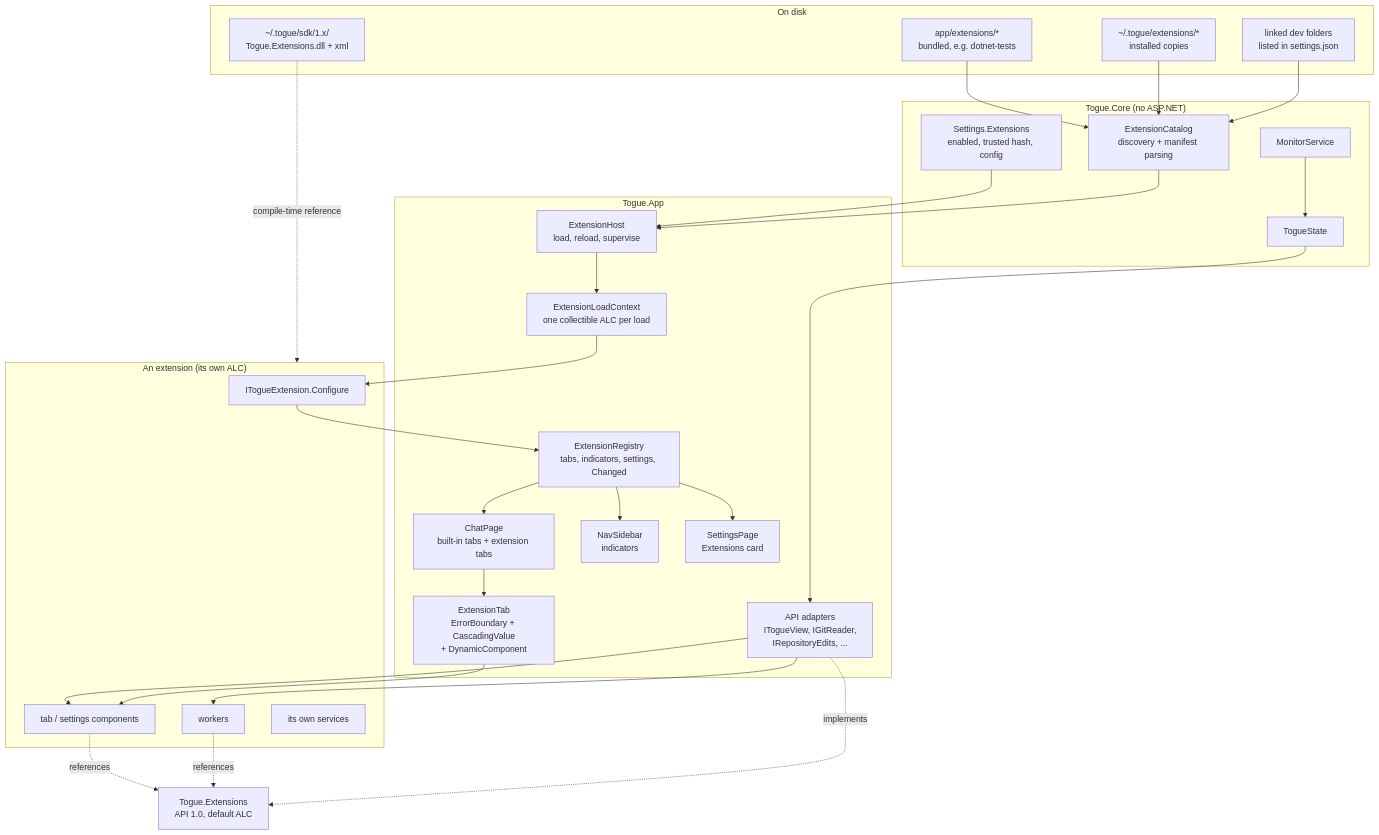
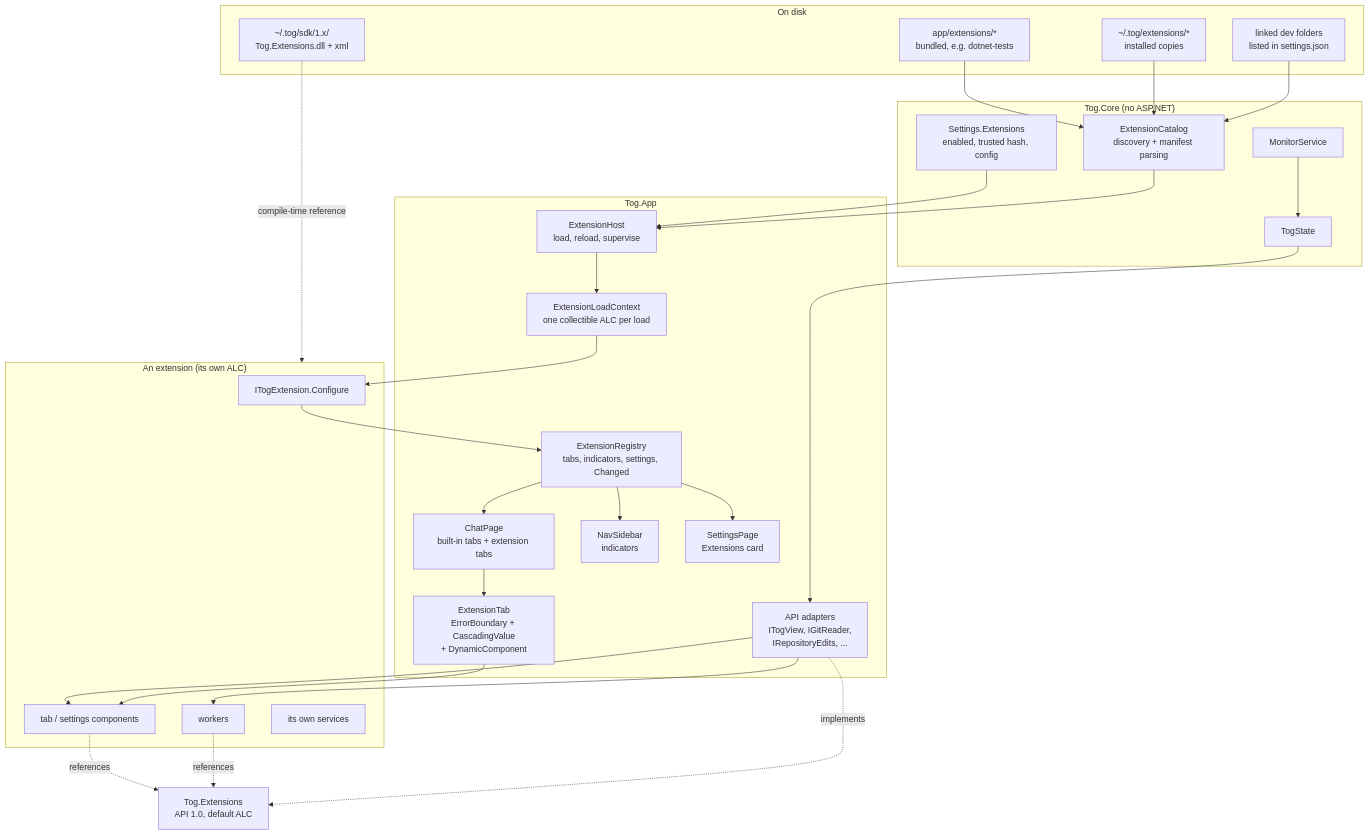
The first of 3 diagrams in docs/design/extensions.md (BradenTerry/Tog), drawn with Mermaid before and after one commit. The commit also changed other lines of this file and 483 other files, not shown here.

Commit message:
Rename Togue to Tog

````diff
--- a/docs/design/extensions.md
+++ b/docs/design/extensions.md
@@ -258,54 +258,54 @@
 ```mermaid
 flowchart TB
     subgraph disk["On disk"]
         B["app/extensions/*<br/>bundled, e.g. dotnet-tests"]
-        I["~/.togue/extensions/*<br/>installed copies"]
+        I["~/.tog/extensions/*<br/>installed copies"]
         L["linked dev folders<br/>listed in settings.json"]
-        SDK["~/.togue/sdk/1.x/<br/>Togue.Extensions.dll + xml"]
+        SDK["~/.tog/sdk/1.x/<br/>Tog.Extensions.dll + xml"]
     end
 
-    subgraph core["Togue.Core (no ASP.NET)"]
+    subgraph core["Tog.Core (no ASP.NET)"]
         CAT["ExtensionCatalog<br/>discovery + manifest parsing"]
         SET["Settings.Extensions<br/>enabled, trusted hash, config"]
         MON["MonitorService"]
-        DS["TogueState"]
+        DS["TogState"]
     end
 
-    subgraph app["Togue.App"]
+    subgraph app["Tog.App"]
         HOST["ExtensionHost<br/>load, reload, supervise"]
         ALC["ExtensionLoadContext<br/>one collectible ALC per load"]
         REG["ExtensionRegistry<br/>tabs, indicators, settings, Changed"]
-        ADP["API adapters<br/>ITogueView, IGitReader,<br/>IRepositoryEdits, ..."]
+        ADP["API adapters<br/>ITogView, IGitReader,<br/>IRepositoryEdits, ..."]
         CHAT["ChatPage<br/>built-in tabs + extension tabs"]
         SIDE["NavSidebar<br/>indicators"]
         SP["SettingsPage<br/>Extensions card"]
         TAB["ExtensionTab<br/>ErrorBoundary + CascadingValue<br/>+ DynamicComponent"]
     end
 
     subgraph ext["An extension (its own ALC)"]
-        E["ITogueExtension.Configure"]
+        E["ITogExtension.Configure"]
         C["tab / settings components"]
         W["workers"]
         S["its own services"]
     end
 
-    API["Togue.Extensions<br/>API 1.0, default ALC"]
+    API["Tog.Extensions<br/>API 1.0, default ALC"]
 
     B --> CAT
     I --> CAT
     L --> CAT
     SET --> HOST
     CAT --> HOST
     HOST --> ALC --> E
     E --> REG
     MON --> DS --> ADP
     ADP --> W
     ADP --> C
     REG --> CHAT --> TAB --> C
     REG --> SIDE
     REG --> SP
     C -.references.-> API
     W -.references.-> API
     ADP -.implements.-> API
     SDK -.compile-time reference.-> ext
 ```
````
